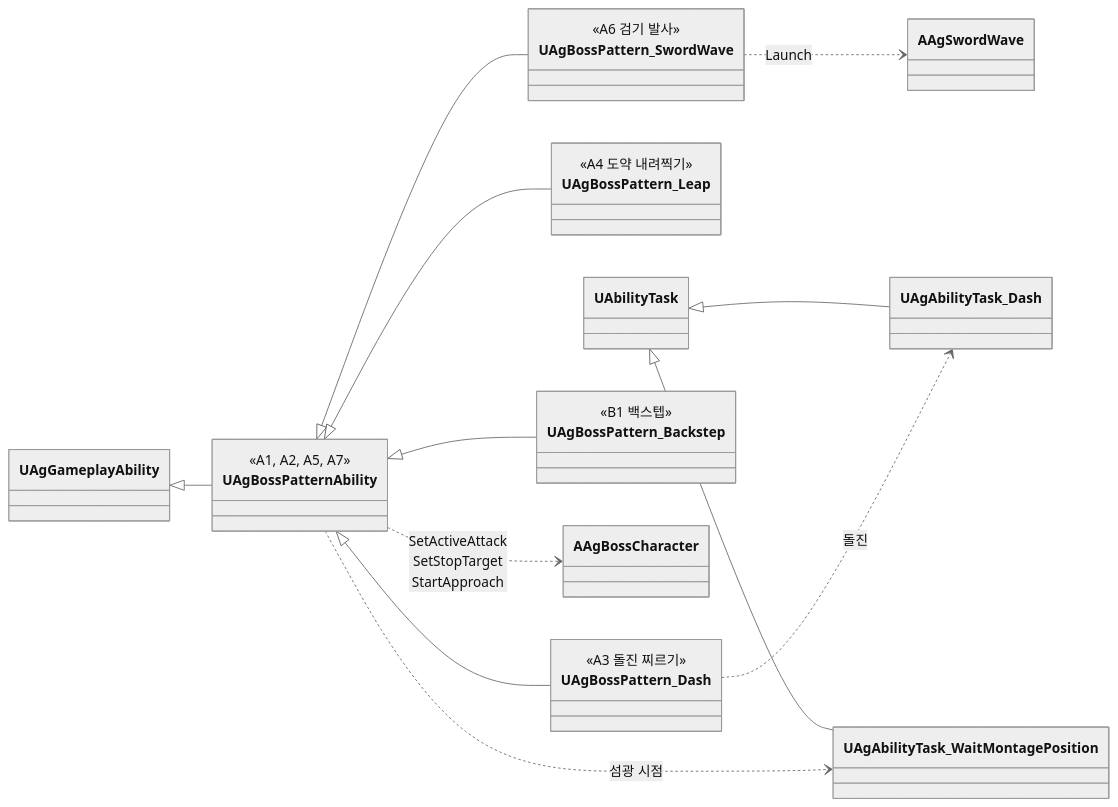
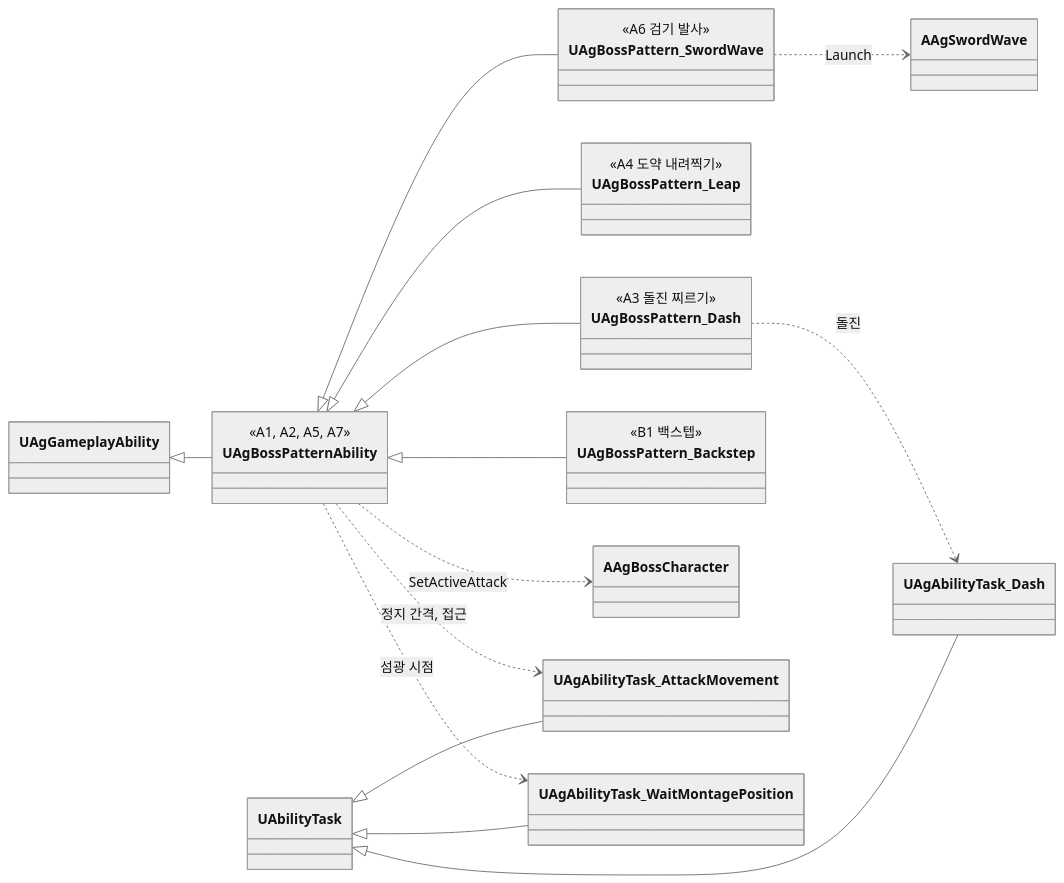
The seventh of 20 diagrams in Docs/Program/클래스 구조도.md (Woogl/Ag), drawn with Mermaid (neutral theme) before and after one commit. The commit also changed other lines of this file and 17 other files, not shown here.

Commit message:
구현: 공격 보정을 AbilityTask로 옮기고, 다가갈지는 몽타주의 워핑 구간이 정하게 정리 (구현 계획서 '공격 보정'·'정지 간격', 데이터 위치표, 클래스 구조도)

````diff
--- a/Docs/Program/클래스 구조도.md
+++ b/Docs/Program/클래스 구조도.md
@@ -281,31 +287,33 @@
 ```mermaid
 classDiagram
     direction LR
     class UAgBossPatternAbility {
         <<A1, A2, A5, A7>>
     }
     class UAgBossPattern_Dash {
         <<A3 돌진 찌르기>>
     }
     class UAgBossPattern_Leap {
         <<A4 도약 내려찍기>>
     }
     class UAgBossPattern_SwordWave {
         <<A6 검기 발사>>
     }
     class UAgBossPattern_Backstep {
         <<B1 백스텝>>
     }
     UAgGameplayAbility <|-- UAgBossPatternAbility
     UAgBossPatternAbility <|-- UAgBossPattern_Dash
     UAgBossPatternAbility <|-- UAgBossPattern_Leap
     UAgBossPatternAbility <|-- UAgBossPattern_SwordWave
     UAgBossPatternAbility <|-- UAgBossPattern_Backstep
 
-    UAgBossPatternAbility ..> AAgBossCharacter : SetActiveAttack<br>SetStopTarget<br>StartApproach
+    UAgBossPatternAbility ..> AAgBossCharacter : SetActiveAttack
+    UAgBossPatternAbility ..> UAgAbilityTask_AttackMovement : 정지 간격, 접근
     UAgBossPatternAbility ..> UAgAbilityTask_WaitMontagePosition : 섬광 시점
     UAgBossPattern_Dash ..> UAgAbilityTask_Dash : 돌진
     UAgBossPattern_SwordWave ..> AAgSwordWave : Launch
     UAbilityTask <|-- UAgAbilityTask_WaitMontagePosition
     UAbilityTask <|-- UAgAbilityTask_Dash
+    UAbilityTask <|-- UAgAbilityTask_AttackMovement
 ```
````
